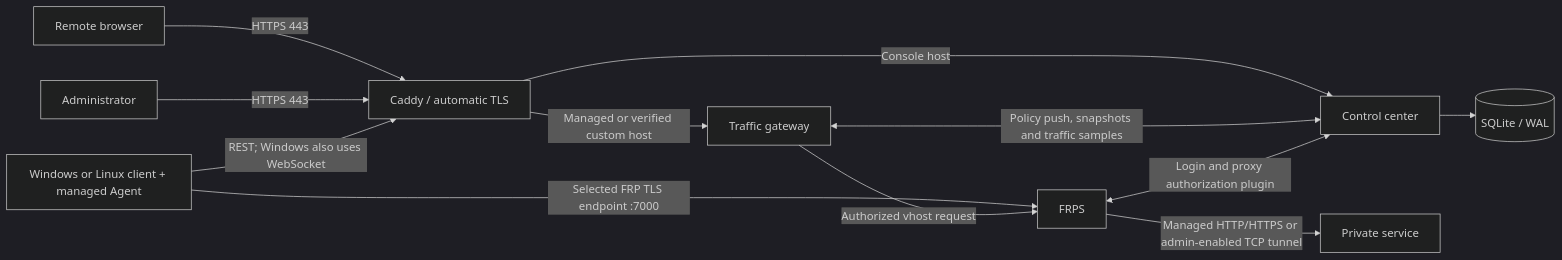
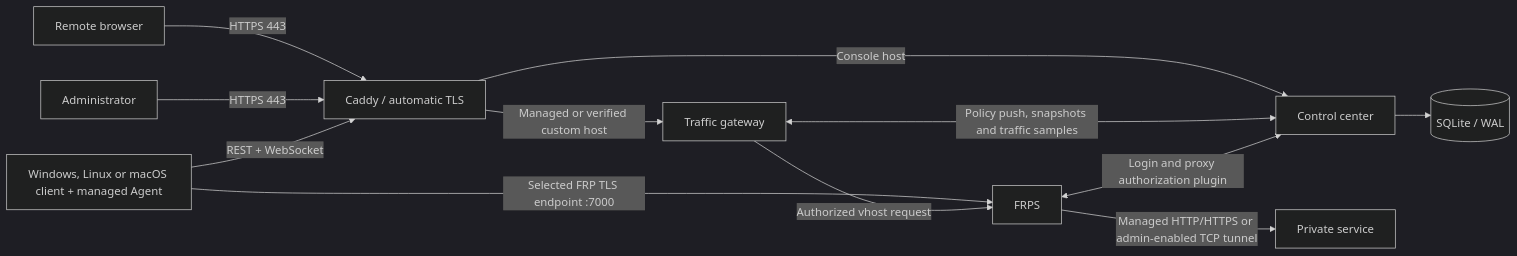
The diagram in docs/ARCHITECTURE.md (ZHanry/home-tunnel-server), drawn with Mermaid (dark theme) before and after one commit. The commit also changed other lines of this file and 142 other files, not shown here.

````diff
--- a/docs/ARCHITECTURE.md
+++ b/docs/ARCHITECTURE.md
@@ -5,14 +5,14 @@
 ```mermaid
 flowchart LR
     Visitor["Remote browser"] -->|"HTTPS 443"| Caddy["Caddy / automatic TLS"]
     Admin["Administrator"] -->|"HTTPS 443"| Caddy
-    Client["Windows or Linux client + managed Agent"] -->|"REST; Windows also uses WebSocket"| Caddy
+    Client["Windows, Linux or macOS client + managed Agent"] -->|"REST + WebSocket"| Caddy
     Client -->|"Selected FRP TLS endpoint :7000"| FRPS["FRPS"]
     Caddy -->|"Console host"| Control["Control center"]
     Caddy -->|"Managed or verified custom host"| Gateway["Traffic gateway"]
     Gateway -->|"Authorized vhost request"| FRPS
     FRPS -->|"Managed HTTP/HTTPS or admin-enabled TCP tunnel"| Local["Private service"]
     Control --> SQLite[("SQLite / WAL")]
     Gateway <-->|"Policy push, snapshots and traffic samples"| Control
     FRPS <-->|"Login and proxy authorization plugin"| Control
 ```
````
